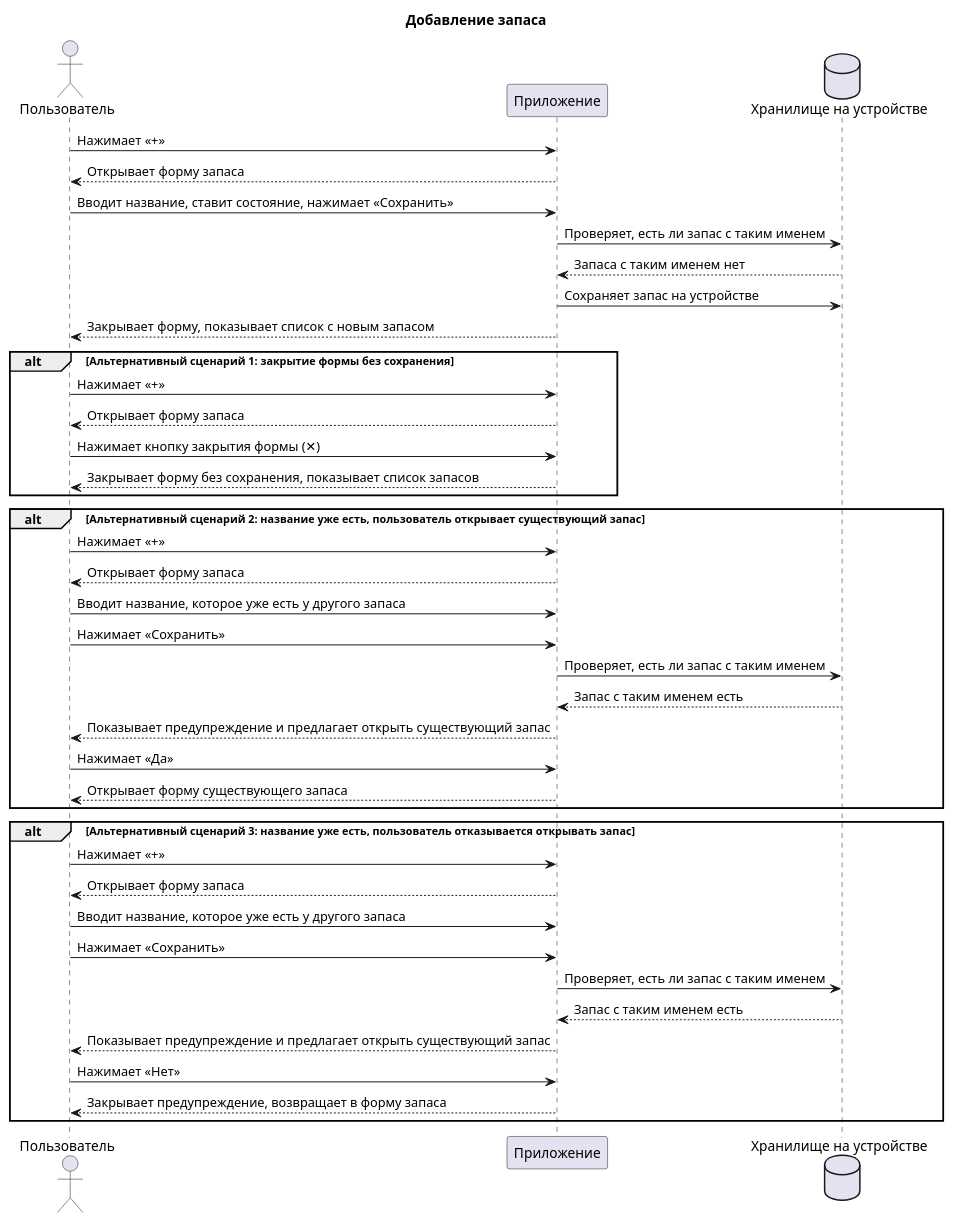
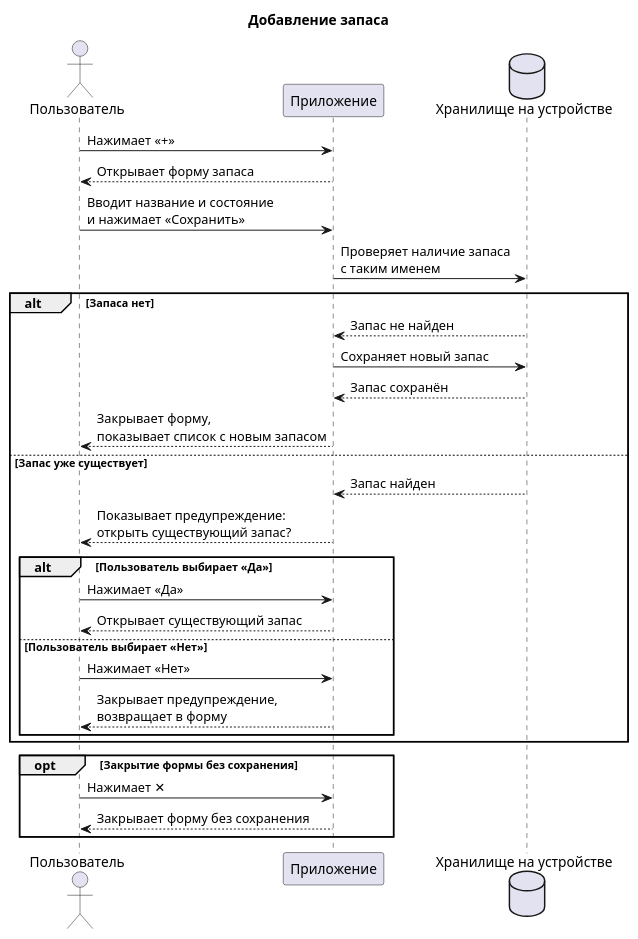
One commit to alenaChernyka/tech-writing-portfolio changed the diagram in polka-app-docs/plantuml/create-stock.puml. Above: the diagram before and after it, drawn with PlantUML. The commit also changed 6 other files, not shown here.

Commit message:
docs(polka): improve diagrams

```diff
--- a/polka-app-docs/plantuml/create-stock.puml
+++ b/polka-app-docs/plantuml/create-stock.puml
@@ -1,46 +1,40 @@
 @startuml
+
 title Добавление запаса
 
 actor Пользователь as user
 participant Приложение as client
 database "Хранилище на устройстве" as storage
 
 user -> client: Нажимает «+»
-user <-- client: Открывает форму запаса
-user -> client: Вводит название, ставит состояние, нажимает «Сохранить»
-client -> storage: Проверяет, есть ли запас с таким именем
-client <-- storage: Запаса с таким именем нет
-client -> storage: Сохраняет запас на устройстве
-user <-- client: Закрывает форму, показывает список с новым запасом
+client --> user: Открывает форму запаса
 
-alt Альтернативный сценарий 1: закрытие формы без сохранения
-user -> client: Нажимает «+»
-user <-- client: Открывает форму запаса
-user -> client: Нажимает кнопку закрытия формы (✕)
-user <-- client: Закрывает форму без сохранения, показывает список запасов
-end alt
+user -> client: Вводит название и состояние\nи нажимает «Сохранить»
 
-alt Альтернативный сценарий 2: название уже есть, пользователь открывает существующий запас
-user -> client: Нажимает «+»
-user <-- client: Открывает форму запаса
-user -> client: Вводит название, которое уже есть у другого запаса
-user -> client: Нажимает «Сохранить»
-client -> storage: Проверяет, есть ли запас с таким именем
-client <-- storage: Запас с таким именем есть
-user <-- client: Показывает предупреждение и предлагает открыть существующий запас
-user -> client: Нажимает «Да»
-user <-- client: Открывает форму существующего запаса
-end alt
+client -> storage: Проверяет наличие запаса\nс таким именем
 
-alt Альтернативный сценарий 3: название уже есть, пользователь отказывается открывать запас
-user -> client: Нажимает «+»
-user <-- client: Открывает форму запаса
-user -> client: Вводит название, которое уже есть у другого запаса
-user -> client: Нажимает «Сохранить»
-client -> storage: Проверяет, есть ли запас с таким именем
-client <-- storage: Запас с таким именем есть
-user <-- client: Показывает предупреждение и предлагает открыть существующий запас
-user -> client: Нажимает «Нет»
-user <-- client: Закрывает предупреждение, возвращает в форму запаса
-end alt
+alt Запаса нет
+    storage --> client: Запас не найден
+    client -> storage: Сохраняет новый запас
+    storage --> client: Запас сохранён
+    client --> user: Закрывает форму,\nпоказывает список с новым запасом
+
+else Запас уже существует
+    storage --> client: Запас найден
+    client --> user: Показывает предупреждение:\nоткрыть существующий запас?
+
+    alt Пользователь выбирает «Да»
+        user -> client: Нажимает «Да»
+        client --> user: Открывает существующий запас
+    else Пользователь выбирает «Нет»
+        user -> client: Нажимает «Нет»
+        client --> user: Закрывает предупреждение,\nвозвращает в форму
+    end
+end
+
+opt Закрытие формы без сохранения
+    user -> client: Нажимает ✕
+    client --> user: Закрывает форму без сохранения
+end
+
 @enduml
```
